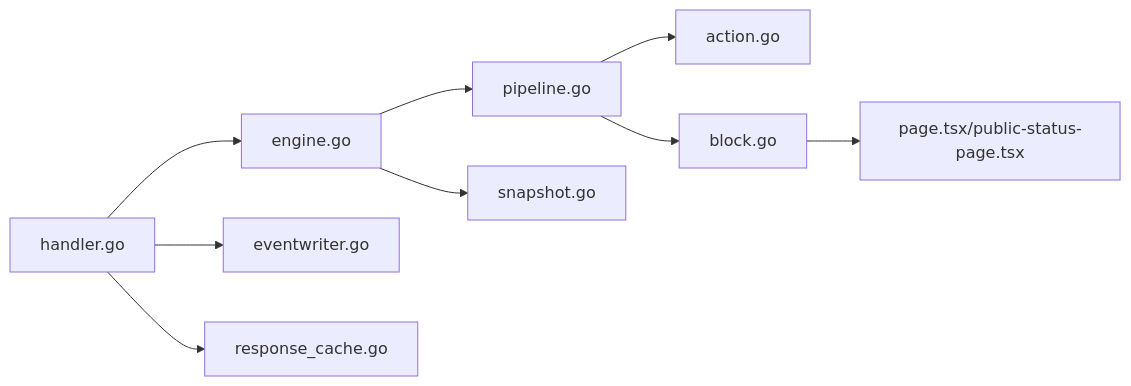
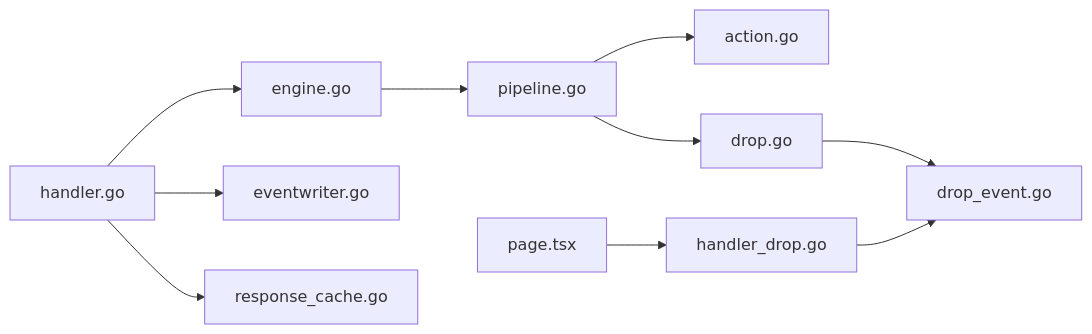
Before and after one commit to x01n/My-OpenWaf: the third of 3 diagrams in docs/安全防护功能/阻断机制.md, drawn with Mermaid. The commit also changed other lines of this file and 51 other files, not shown here.

````diff
--- a/docs/安全防护功能/阻断机制.md
+++ b/docs/安全防护功能/阻断机制.md
@@ -267,11 +383,12 @@
 ```mermaid
 graph LR
 Handler["handler.go"] --> Engine["engine.go"]
 Engine --> Pipeline["pipeline.go"]
 Pipeline --> Action["action.go"]
-Engine --> Snapshot["snapshot.go"]
-Pipeline --> Block["block.go"]
-Block --> FE["page.tsx/public-status-page.tsx"]
+Pipeline --> DropExec["drop.go"]
+DropExec --> DropRepo["drop_event.go"]
 Handler --> EventWriter["eventwriter.go"]
 Handler --> RespCache["response_cache.go"]
+AdminDrop["handler_drop.go"] --> DropRepo
+FrontendDrop["page.tsx"] --> AdminDrop
 ```
````
